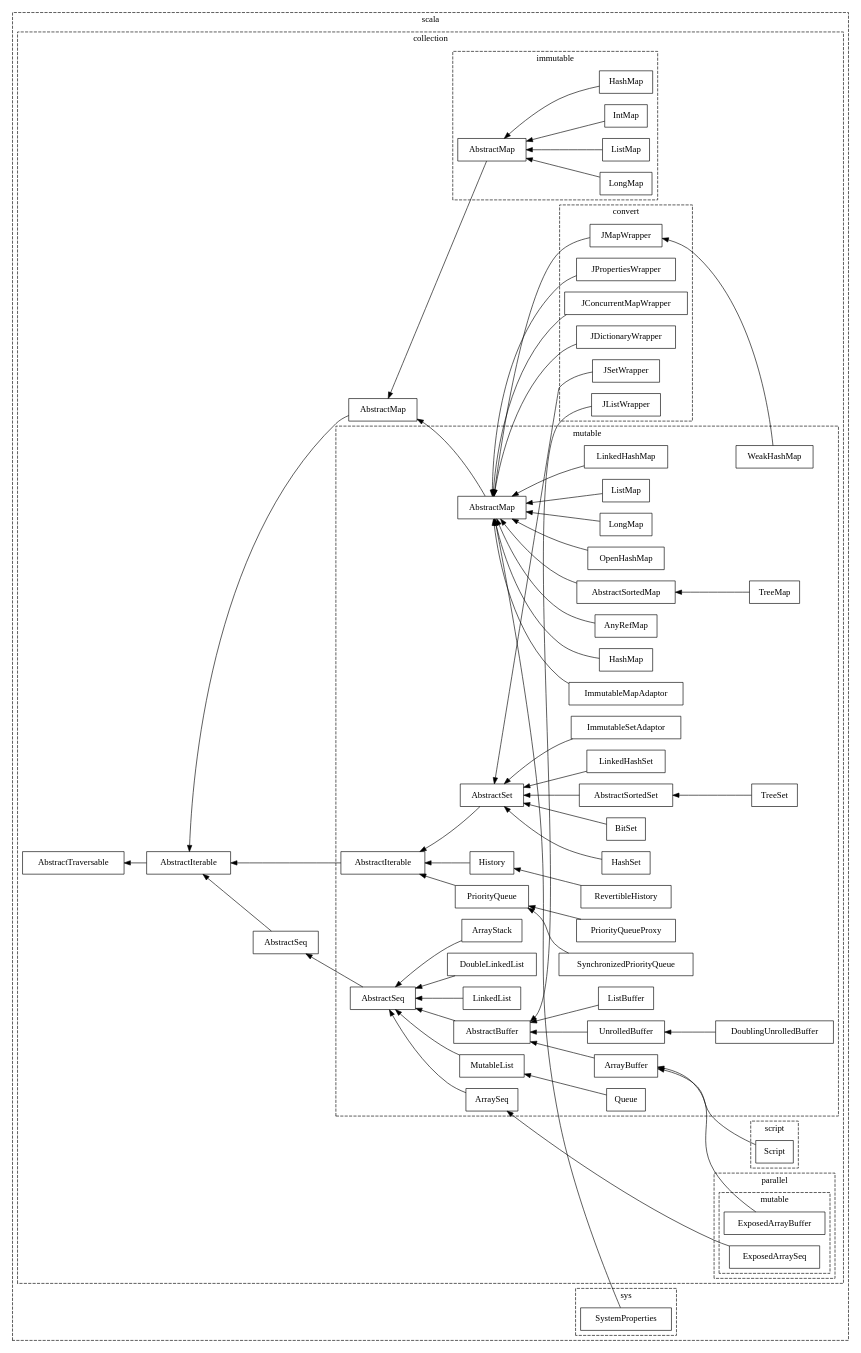
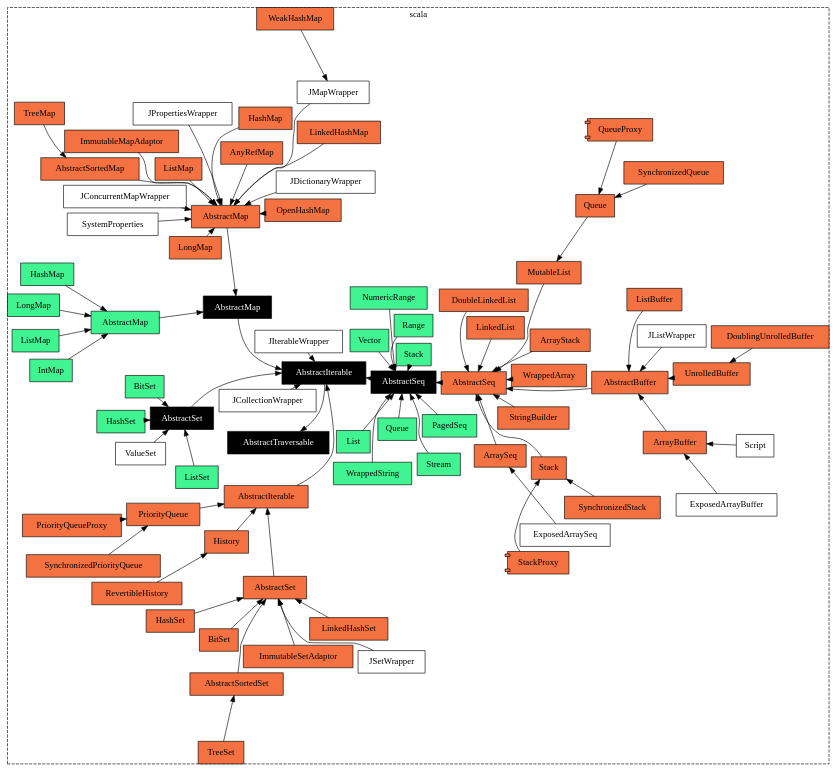
One commit to Wanghg7/kyphosis changed the diagram in wiki/Scala collection hierarchy.gv. Above: the diagram before and after it, drawn with Graphviz.

Commit message:
all classes

```diff
--- a/wiki/Scala collection hierarchy.gv
+++ b/wiki/Scala collection hierarchy.gv
@@ -4,26 +4,33 @@
     edge [style=solid]
     splines = true
     rankdir = RL
+    layout = neato
 
     subgraph "cluster:scala" {
 
         label = "scala"
         style = "dashed"
+        node [fontcolor=black,style=solid,color=black]
+
+        "scala.ValueSet"              [shape=box,label="ValueSet"]
 
         subgraph "cluster:collection" {
 
             label = "collection"
             style = "dashed"
+            node [fontcolor=white,style=filled,color=black,fillcolor="#000000"]
 
             "scala.collection.AbstractTraversable"              [shape=box,label="AbstractTraversable"]
             "scala.collection.AbstractIterable"                 [shape=box,label="AbstractIterable"]
             "scala.collection.AbstractMap"                      [shape=box,label="AbstractMap"]
             "scala.collection.AbstractSeq"                      [shape=box,label="AbstractSeq"]
+            "scala.collection.AbstractSet"                      [shape=box,label="AbstractSet"]
 
             subgraph "cluster:mutable" {
 
                 label = "mutable"
                 style = "dashed"
+                node [fontcolor=black,style=filled,fillcolor="#F47142"]
 
                 "scala.collection.mutable.AbstractIterable"             [shape=box,label="AbstractIterable"]
                 "scala.collection.mutable.AbstractSet"                  [shape=box,label="AbstractSet"]
@@ -61,6 +68,13 @@
                 "scala.collection.mutable.LinkedList"                   [shape=box,label="LinkedList"]
                 "scala.collection.mutable.MutableList"                  [shape=box,label="MutableList"]
                 "scala.collection.mutable.Queue"                        [shape=box,label="Queue"]
+                "scala.collection.mutable.QueueProxy"                   [shape=component,label="QueueProxy"]
+                "scala.collection.mutable.SynchronizedQueue"            [shape=box,label="SynchronizedQueue"]
+                "scala.collection.mutable.Stack"                        [shape=box,label="Stack"]
+                "scala.collection.mutable.StackProxy"                   [shape=component,label="StackProxy"]
+                "scala.collection.mutable.SynchronizedStack"            [shape=box,label="SynchronizedStack"]
+                "scala.collection.mutable.StringBuilder"                [shape=box,label="StringBuilder"]
+                "scala.collection.mutable.WrappedArray"                 [shape=box,label="WrappedArray"]
 
                 "scala.collection.mutable.AbstractSet"                  -> "scala.collection.mutable.AbstractIterable"
                 "scala.collection.mutable.AbstractSortedSet"            -> "scala.collection.mutable.AbstractSet"
@@ -94,12 +108,20 @@
                 "scala.collection.mutable.LinkedList"                   -> "scala.collection.mutable.AbstractSeq"
                 "scala.collection.mutable.MutableList"                  -> "scala.collection.mutable.AbstractSeq"
                 "scala.collection.mutable.Queue"                        -> "scala.collection.mutable.MutableList"
+                "scala.collection.mutable.QueueProxy"                   -> "scala.collection.mutable.Queue"
+                "scala.collection.mutable.SynchronizedQueue"            -> "scala.collection.mutable.Queue"
+                "scala.collection.mutable.Stack"                        -> "scala.collection.mutable.AbstractSeq"
+                "scala.collection.mutable.StackProxy"                   -> "scala.collection.mutable.Stack"
+                "scala.collection.mutable.SynchronizedStack"            -> "scala.collection.mutable.Stack"
+                "scala.collection.mutable.StringBuilder"                -> "scala.collection.mutable.AbstractSeq"
+                "scala.collection.mutable.WrappedArray"                 -> "scala.collection.mutable.AbstractSeq"
             }
 
             subgraph "cluster:convert" {
 
                 label = "convert"
                 style = "dashed"
+                node [fontcolor=black,style=solid,color=black]
 
                 "scala.collection.convert.Wrappers.JSetWrapper"             [shape=box,label="JSetWrapper"]
                 "scala.collection.convert.Wrappers.JConcurrentMapWrapper"   [shape=box,label="JConcurrentMapWrapper"]
@@ -107,6 +129,8 @@
                 "scala.collection.convert.Wrappers.JMapWrapper"             [shape=box,label="JMapWrapper"]
                 "scala.collection.convert.Wrappers.JPropertiesWrapper"      [shape=box,label="JPropertiesWrapper"]
                 "scala.collection.convert.Wrappers.JListWrapper"            [shape=box,label="JListWrapper"]
+                "scala.collection.convert.Wrappers.JCollectionWrapper"      [shape=box,label="JCollectionWrapper"]
+                "scala.collection.convert.Wrappers.JIterableWrapper"        [shape=box,label="JIterableWrapper"]
 
             }
 
@@ -114,12 +138,25 @@
 
                 label = "immutable"
                 style = "dashed"
+                node [fontcolor=black,style=filled,fillcolor="#41F492"]
 
                 "scala.collection.immutable.AbstractMap"        [shape=box,label="AbstractMap"]
                 "scala.collection.immutable.HashMap"            [shape=box,label="HashMap"]
                 "scala.collection.immutable.IntMap"             [shape=box,label="IntMap"]
                 "scala.collection.immutable.ListMap"            [shape=box,label="ListMap"]
                 "scala.collection.immutable.LongMap"            [shape=box,label="LongMap"]
+                "scala.collection.immutable.List"               [shape=box,label="List"]
+                "scala.collection.immutable.NumericRange"       [shape=box,label="NumericRange"]
+                "scala.collection.immutable.PagedSeq"           [shape=box,label="PagedSeq"]
+                "scala.collection.immutable.Queue"              [shape=box,label="Queue"]
+                "scala.collection.immutable.Range"              [shape=box,label="Range"]
+                "scala.collection.immutable.Stack"              [shape=box,label="Stack"]
+                "scala.collection.immutable.Stream"             [shape=box,label="Stream"]
+                "scala.collection.immutable.Vector"             [shape=box,label="Vector"]
+                "scala.collection.immutable.WrappedString"      [shape=box,label="WrappedString"]
+                "scala.collection.immutable.BitSet"             [shape=box,label="BitSet"]
+                "scala.collection.immutable.HashSet"            [shape=box,label="HashSet"]
+                "scala.collection.immutable.ListSet"            [shape=box,label="ListSet"]
 
                 "scala.collection.immutable.HashMap"            -> "scala.collection.immutable.AbstractMap"
                 "scala.collection.immutable.IntMap"             -> "scala.collection.immutable.AbstractMap"
@@ -132,11 +169,13 @@
 
                 label = "parallel"
                 style = "dashed"
+                node [fontcolor=black,style=solid,color=black]
 
                 subgraph "cluster:mutable" {
 
                     label = "mutable"
                     style = "dashed"
+                    node [fontcolor=black,style=solid,color=black]
 
                     "scala.collection.parallel.mutable.ExposedArrayBuffer"  [shape=box,label="ExposedArrayBuffer"]
                     "scala.collection.parallel.mutable.ExposedArraySeq"     [shape=box,label="ExposedArraySeq"]
@@ -149,6 +188,7 @@
 
                 label = "script"
                 style = "dashed"
+                node [fontcolor=black,style=solid,color=black]
 
                 "scala.collection.script.Script"        [shape=box,label="Script"]
 
@@ -170,7 +210,22 @@
             "scala.collection.parallel.mutable.ExposedArrayBuffer"      -> "scala.collection.mutable.ArrayBuffer"
             "scala.collection.script.Script"                            -> "scala.collection.mutable.ArrayBuffer"
             "scala.collection.convert.Wrappers.JListWrapper"            -> "scala.collection.mutable.AbstractBuffer"
-            "scala.collection.parallel.mutable.ExposedArraySeq"      -> "scala.collection.mutable.ArraySeq"
+            "scala.collection.parallel.mutable.ExposedArraySeq"         -> "scala.collection.mutable.ArraySeq"
+            "scala.collection.immutable.List"                           -> "scala.collection.AbstractSeq"
+            "scala.collection.immutable.NumericRange"                   -> "scala.collection.AbstractSeq"
+            "scala.collection.immutable.PagedSeq"                       -> "scala.collection.AbstractSeq"
+            "scala.collection.immutable.Queue"                          -> "scala.collection.AbstractSeq"
+            "scala.collection.immutable.Range"                          -> "scala.collection.AbstractSeq"
+            "scala.collection.immutable.Stack"                          -> "scala.collection.AbstractSeq"
+            "scala.collection.immutable.Stream"                         -> "scala.collection.AbstractSeq"
+            "scala.collection.immutable.Vector"                         -> "scala.collection.AbstractSeq"
+            "scala.collection.immutable.WrappedString"                  -> "scala.collection.AbstractSeq"
+            "scala.collection.AbstractSet"                              -> "scala.collection.AbstractIterable"
+            "scala.collection.immutable.BitSet"                         -> "scala.collection.AbstractSet"
+            "scala.collection.immutable.HashSet"                        -> "scala.collection.AbstractSet"
+            "scala.collection.immutable.ListSet"                        -> "scala.collection.AbstractSet"
+            "scala.collection.convert.Wrappers.JCollectionWrapper"      -> "scala.collection.AbstractIterable"
+            "scala.collection.convert.Wrappers.JIterableWrapper"        -> "scala.collection.AbstractIterable"
 
         }
 
@@ -179,11 +234,14 @@
 
             label = "sys"
             style = "dashed"
+            node [fontcolor=black,style=solid,color=black]
 
             "scala.sys.SystemProperties"        [shape=box,label="SystemProperties"]
         }
 
         "scala.sys.SystemProperties"            -> "scala.collection.mutable.AbstractMap"
+        "scala.ValueSet"                        -> "scala.collection.AbstractSet"
+
     }
 
 }
```
